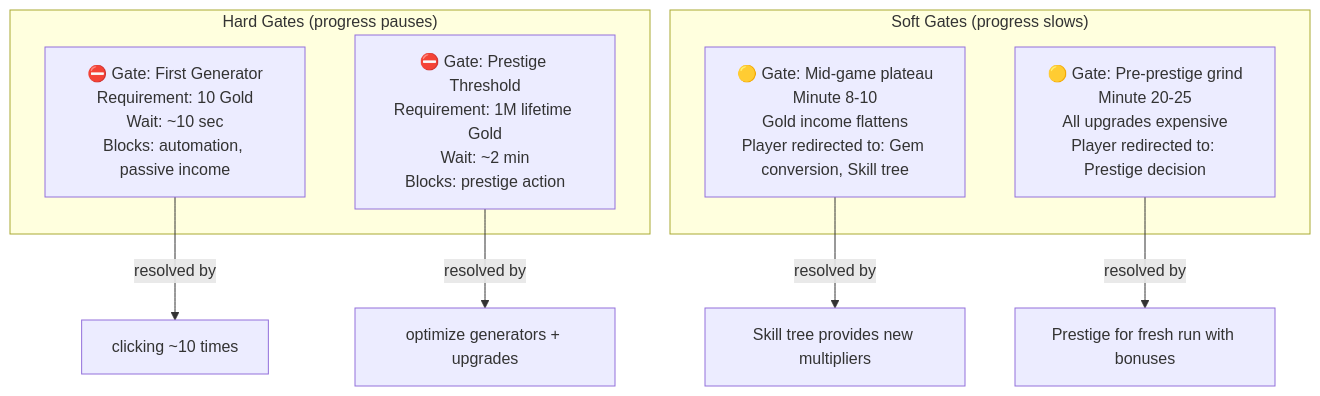
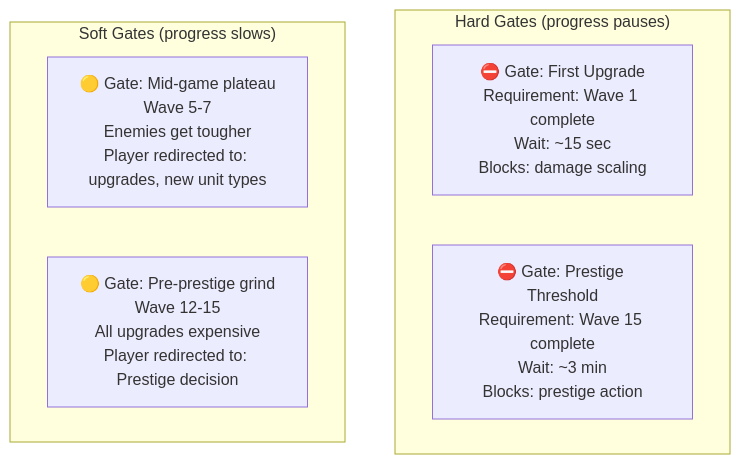
The second of 6 diagrams in prompts/phase2-gdd/progression.md (J-Gierend/gamePocGen), drawn with Mermaid before and after one commit. The commit also changed other lines of this file and 9 other files, not shown here.

````diff
--- a/prompts/phase2-gdd/progression.md
+++ b/prompts/phase2-gdd/progression.md
@@ -70,17 +80,12 @@
 ```mermaid
 graph TD
     subgraph "Hard Gates (progress pauses)"
-        HG1["⛔ Gate: First Generator\nRequirement: 10 Gold\nWait: ~10 sec\nBlocks: automation, passive income"]
-        HG2["⛔ Gate: Prestige Threshold\nRequirement: 1M lifetime Gold\nWait: ~2 min\nBlocks: prestige action"]
+        HG1["⛔ Gate: First Upgrade\nRequirement: Wave 1 complete\nWait: ~15 sec\nBlocks: damage scaling"]
+        HG2["⛔ Gate: Prestige Threshold\nRequirement: Wave 15 complete\nWait: ~3 min\nBlocks: prestige action"]
     end
 
     subgraph "Soft Gates (progress slows)"
-        SG1["🟡 Gate: Mid-game plateau\nMinute 8-10\nGold income flattens\nPlayer redirected to: Gem conversion, Skill tree"]
-        SG2["🟡 Gate: Pre-prestige grind\nMinute 20-25\nAll upgrades expensive\nPlayer redirected to: Prestige decision"]
+        SG1["🟡 Gate: Mid-game plateau\nWave 5-7\nEnemies get tougher\nPlayer redirected to: upgrades, new unit types"]
+        SG2["🟡 Gate: Pre-prestige grind\nWave 12-15\nAll upgrades expensive\nPlayer redirected to: Prestige decision"]
     end
-
-    HG1 -->|"resolved by"| Gen1Click["clicking ~10 times"]
-    HG2 -->|"resolved by"| Optimization["optimize generators + upgrades"]
-    SG1 -->|"resolved by"| NewSystem["Skill tree provides new multipliers"]
-    SG2 -->|"resolved by"| Prestige["Prestige for fresh run with bonuses"]
 ```
````
